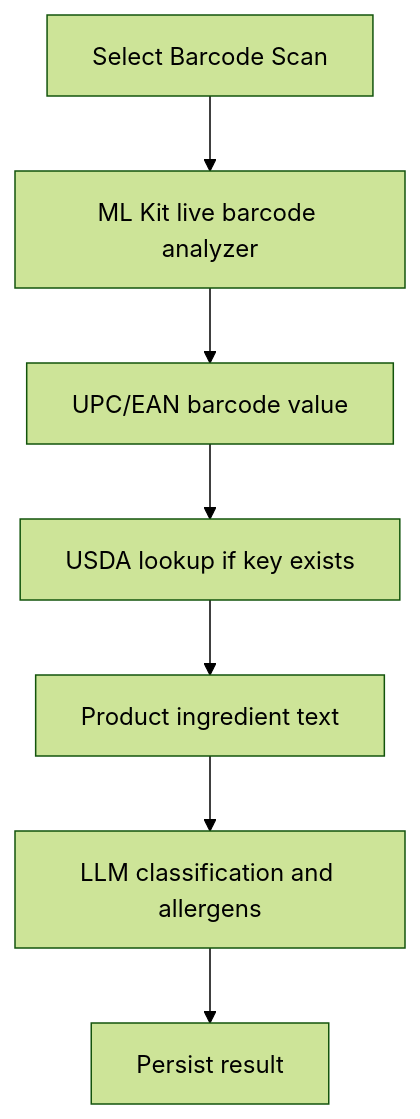
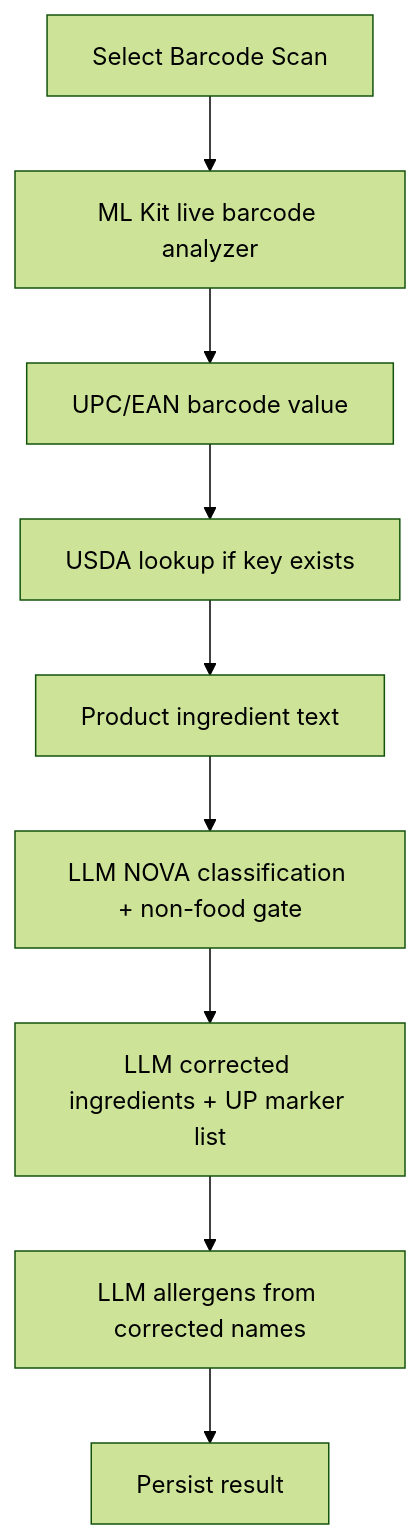
The seventh of 8 diagrams in documentation/00-android-app-guide.md (benevolentbandwidth/ultraprocessed), drawn with Mermaid (forest theme) before and after one commit. The commit also changed other lines of this file and 19 other files, not shown here.

````diff
--- a/documentation/00-android-app-guide.md
+++ b/documentation/00-android-app-guide.md
@@ -184,9 +191,11 @@
 ```mermaid
 flowchart TD
     Select[Select Barcode Scan] --> Live[ML Kit live barcode analyzer]
     Live --> Code[UPC/EAN barcode value]
     Code --> USDA[USDA lookup if key exists]
     USDA --> Ingredients[Product ingredient text]
-    Ingredients --> Classify[LLM classification and allergens]
-    Classify --> History[Persist result]
+    Ingredients --> Nova[LLM NOVA classification + non-food gate]
+    Nova --> Cleanup[LLM corrected ingredients + UP marker list]
+    Cleanup --> Allergens[LLM allergens from corrected names]
+    Allergens --> History[Persist result]
 ```
````
